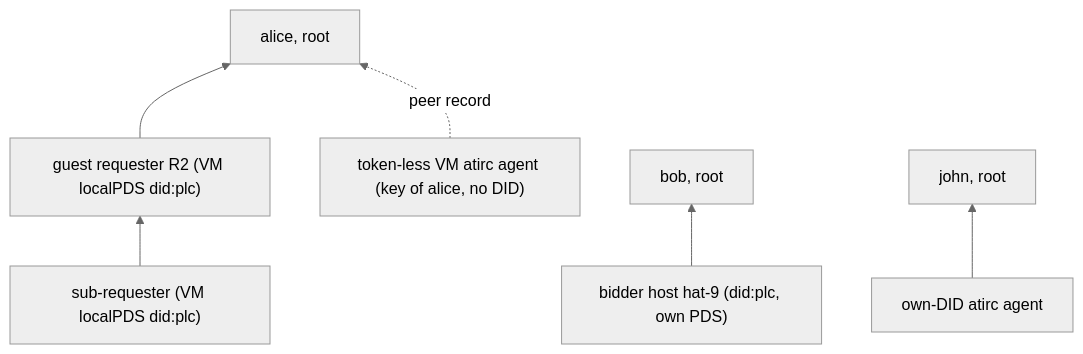
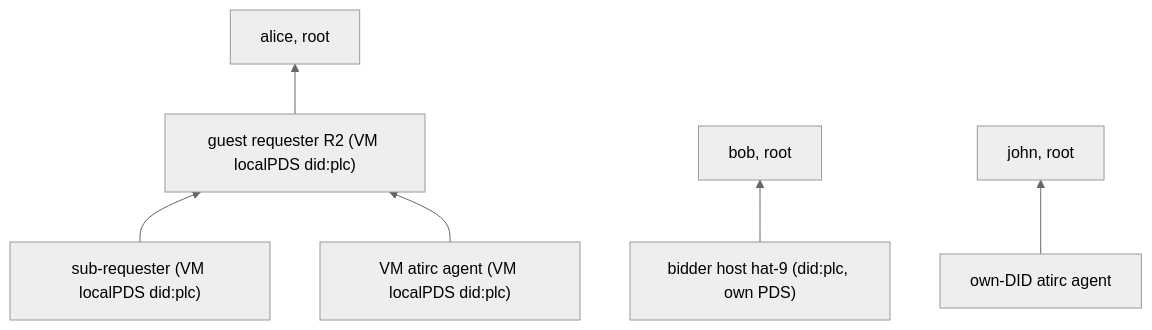
The diagram in docs/design/ident-link-associations.md (publicdomainrelay/socialweb-computer-kcp), drawn with Mermaid (neutral theme) before and after one commit. The commit also changed other lines of this file, not shown here.

Commit message:
docs/design ident-link: decisions recorded (VM agents on localPDS did:plc, own atlibs-identlink crate, API + vectors)

````diff
--- a/docs/design/ident-link-associations.md
+++ b/docs/design/ident-link-associations.md
@@ -65,8 +65,8 @@
 ```mermaid
 flowchart BT
   SA["sub-requester (VM localPDS did:plc)"] --> R2["guest requester R2 (VM localPDS did:plc)"]
   R2 --> AL["alice, root"]
-  VA["token-less VM atirc agent (key of alice, no DID)"] -.peer record.-> AL
+  VA["VM atirc agent (VM localPDS did:plc)"] --> R2
   BH["bidder host hat-9 (did:plc, own PDS)"] --> BOB["bob, root"]
   CA["own-DID atirc agent"] --> JO["john, root"]
 ```
````
